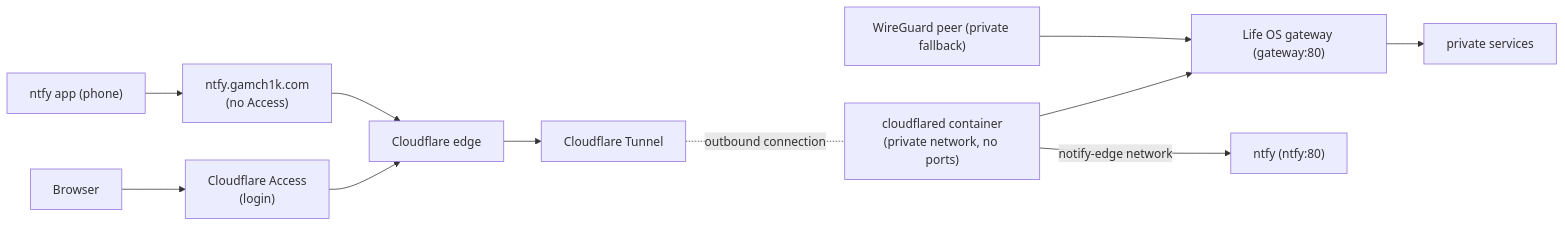
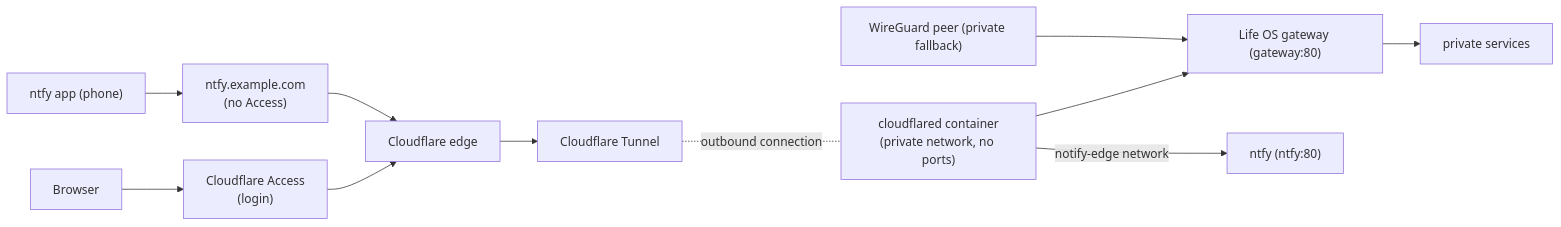
The diagram in docs/operations/cloudflare.md (GAMch1k/life-os), drawn with Mermaid before and after one commit. The commit also changed other lines of this file and 11 other files, not shown here.

````diff
--- a/docs/operations/cloudflare.md
+++ b/docs/operations/cloudflare.md
@@ -7,9 +7,9 @@
 ```mermaid
 flowchart LR
   Browser --> Access["Cloudflare Access<br>(login)"] --> Edge[Cloudflare edge] --> Tunnel[Cloudflare Tunnel]
   Tunnel -. outbound connection .- cloudflared["cloudflared container<br>(private network, no ports)"]
   cloudflared --> Gateway["Life OS gateway (gateway:80)"] --> Services[private services]
   WireGuard["WireGuard peer (private fallback)"] --> Gateway
-  Phone["ntfy app (phone)"] --> NtfyHost["ntfy.gamch1k.com<br>(no Access)"] --> Edge
+  Phone["ntfy app (phone)"] --> NtfyHost["ntfy.example.com<br>(no Access)"] --> Edge
   cloudflared -- "notify-edge network" --> Ntfy["ntfy (ntfy:80)"]
 ```
````
